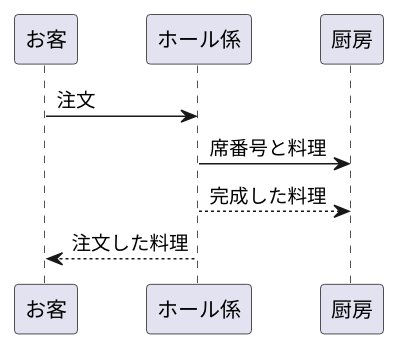
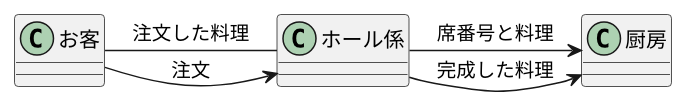
The diagram in kadai2.md (Aso2001397/2021sys-design), drawn with PlantUML before and after one commit.

````diff
--- a/kadai2.md
+++ b/kadai2.md
@@ -1,8 +1,8 @@
 ```uml
 @startuml
 お客 -> ホール係: 注文
 ホール係 -> 厨房: 席番号と料理
 厨房 <-- ホール係: 完成した料理
-ホール係 --> お客: 注文した料理
+ホール係 -- お客: 注文した料理
 @enduml
 ```
````
